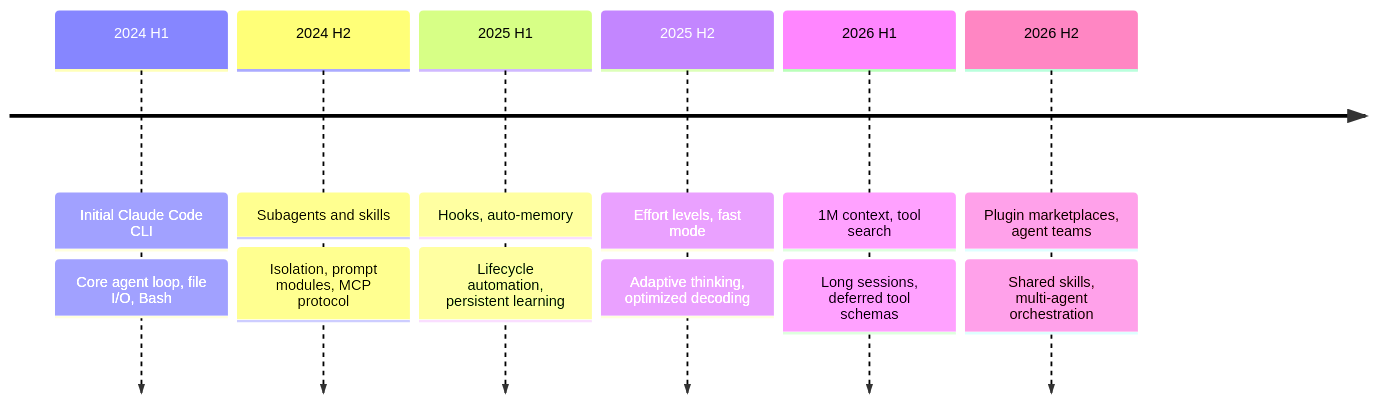
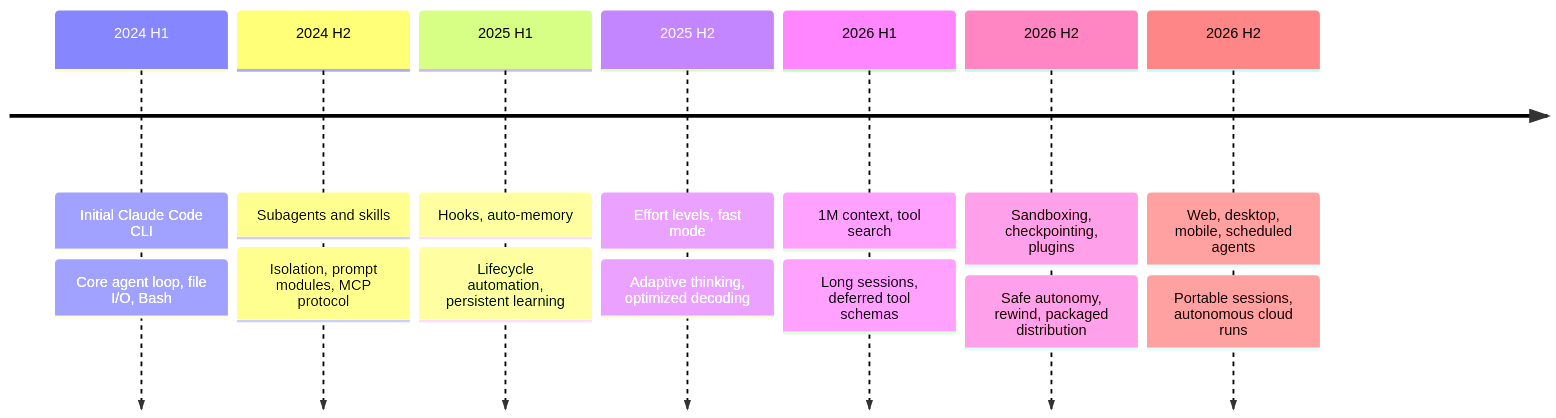
One commit to JuanLara18/portfolio changed the sixth of 6 diagrams in front/public/blog/posts/field-notes/claude-code-complete-guide.md. Above: the diagram before and after it, drawn with Mermaid. The commit also changed other lines of this file and 2 other files, not shown here.

````diff
--- a/front/public/blog/posts/field-notes/claude-code-complete-guide.md
+++ b/front/public/blog/posts/field-notes/claude-code-complete-guide.md
@@ -651,9 +758,10 @@
 ```mermaid
 timeline
     2024 H1 : Initial Claude Code CLI : Core agent loop, file I/O, Bash
     2024 H2 : Subagents and skills : Isolation, prompt modules, MCP protocol
     2025 H1 : Hooks, auto-memory : Lifecycle automation, persistent learning
     2025 H2 : Effort levels, fast mode : Adaptive thinking, optimized decoding
     2026 H1 : 1M context, tool search : Long sessions, deferred tool schemas
-    2026 H2 : Plugin marketplaces, agent teams : Shared skills, multi-agent orchestration
+    2026 H2 : Sandboxing, checkpointing, plugins : Safe autonomy, rewind, packaged distribution
+    2026 H2 : Web, desktop, mobile, scheduled agents : Portable sessions, autonomous cloud runs
 ```
````
